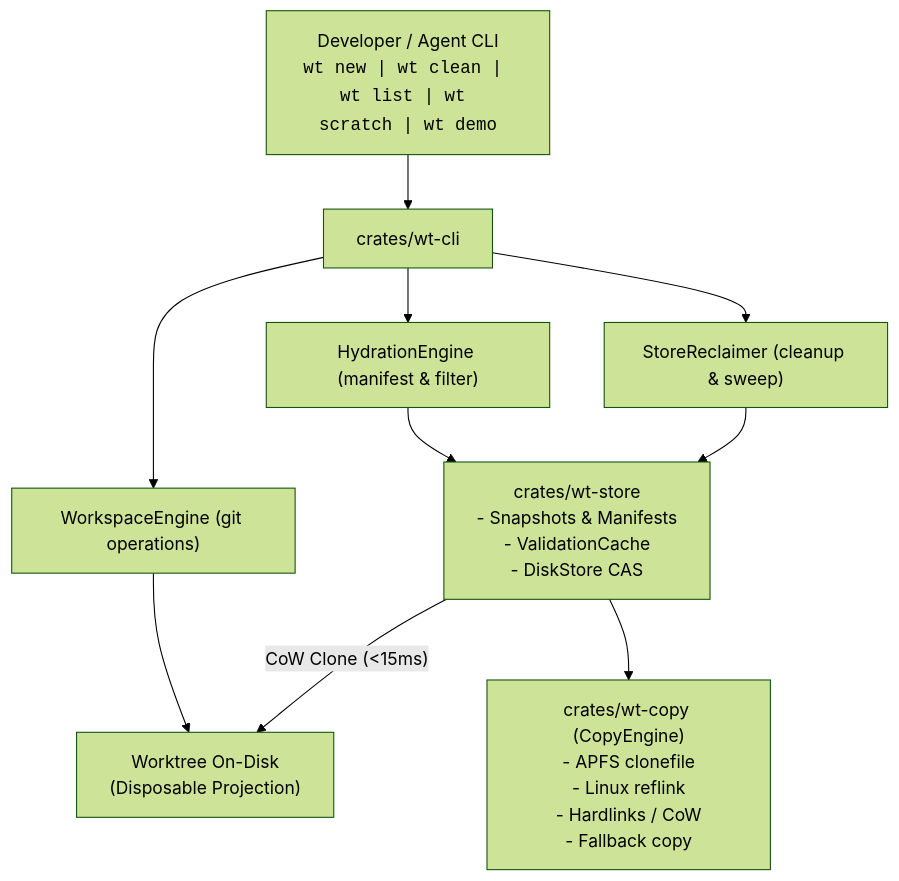
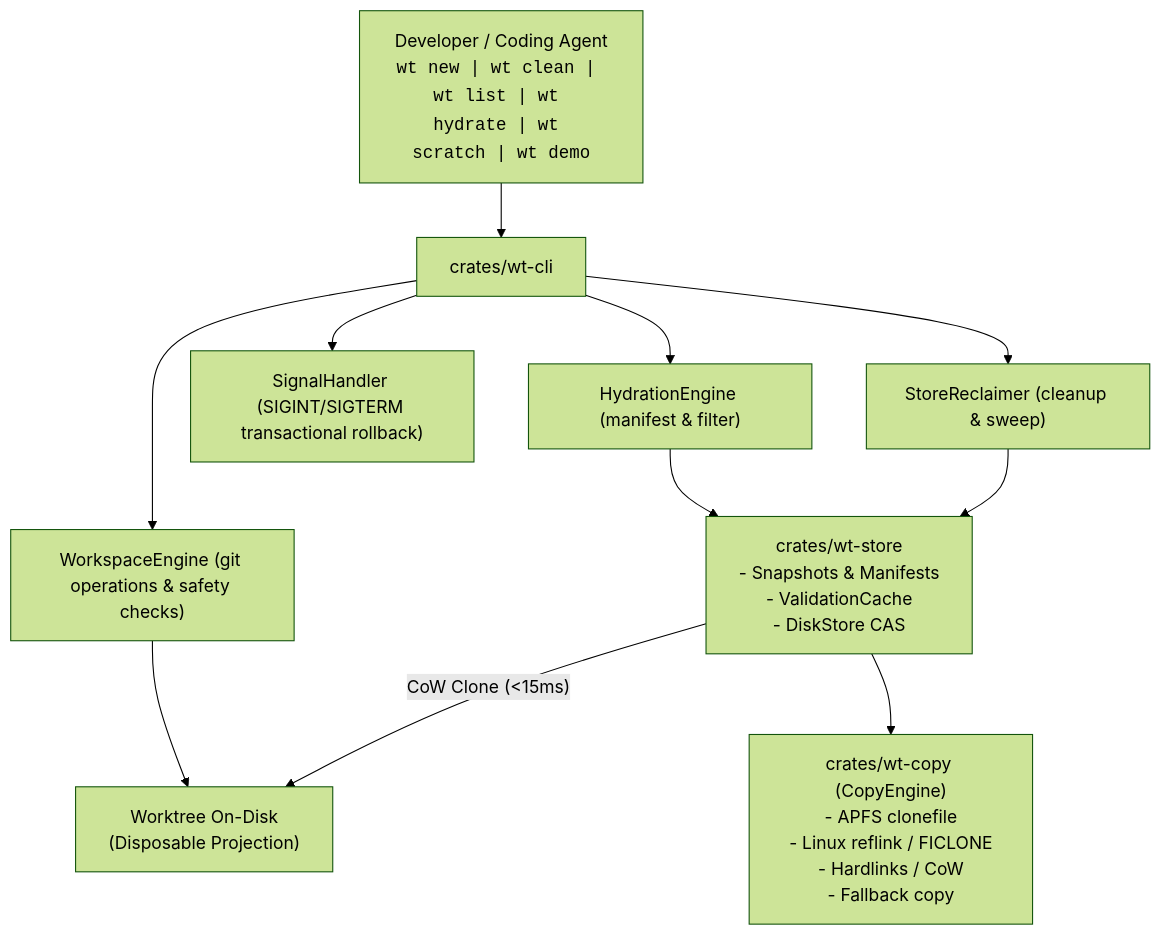
One commit to sharzilnfz/Flash-WT changed the diagram in docs/ponytail-audit.md. Above: the diagram before and after it, drawn with Mermaid (forest theme). The commit also changed other lines of this file, not shown here.

````diff
--- a/docs/ponytail-audit.md
+++ b/docs/ponytail-audit.md
@@ -25,15 +25,16 @@
 ```mermaid
 graph TD
-    User["Developer / Agent CLI<br><code>wt new | wt clean | wt list | wt scratch | wt demo</code>"] --> CLI["crates/wt-cli"]
+    User["Developer / Coding Agent<br><code>wt new | wt clean | wt list | wt hydrate | wt scratch | wt demo</code>"] --> CLI["crates/wt-cli"]
     
-    CLI --> Ws["WorkspaceEngine (git operations)"]
+    CLI --> Ws["WorkspaceEngine (git operations & safety checks)"]
     CLI --> Hydrate["HydrationEngine (manifest & filter)"]
+    CLI --> Signal["SignalHandler (SIGINT/SIGTERM transactional rollback)"]
     CLI --> Reclaim["StoreReclaimer (cleanup & sweep)"]
     
     Ws --> Tree["Worktree On-Disk<br>(Disposable Projection)"]
     Hydrate --> Store["crates/wt-store<br>- Snapshots & Manifests<br>- ValidationCache<br>- DiskStore CAS"]
     Reclaim --> Store
     
     Store -->|"CoW Clone (<15ms)"| Tree
-    Store --> Copy["crates/wt-copy (CopyEngine)<br>- APFS clonefile<br>- Linux reflink<br>- Hardlinks / CoW<br>- Fallback copy"]
+    Store --> Copy["crates/wt-copy (CopyEngine)<br>- APFS clonefile<br>- Linux reflink / FICLONE<br>- Hardlinks / CoW<br>- Fallback copy"]
 ```
````
